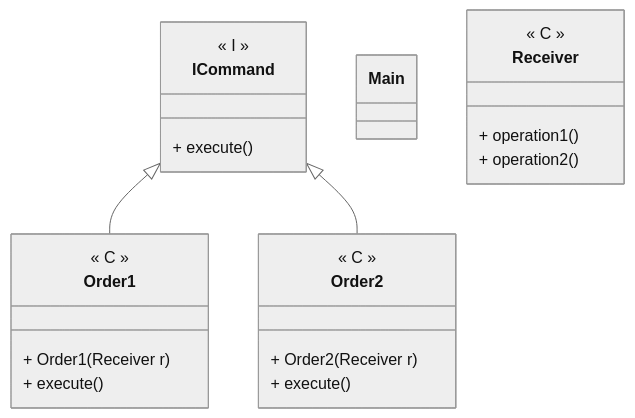
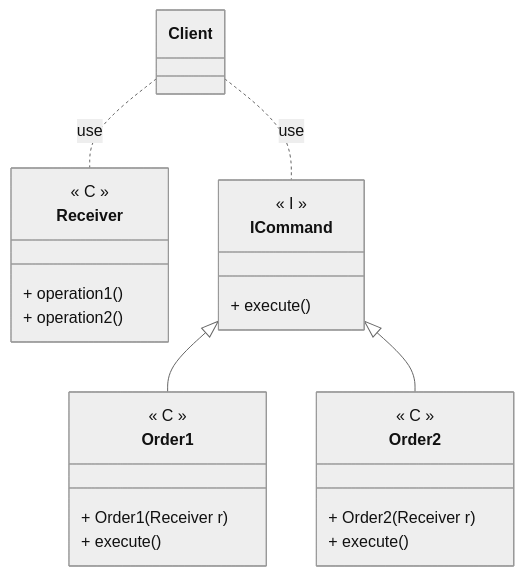
The diagram in Programming/Patterns/data/Command.md (angelromarco04/MyNotes), drawn with Mermaid (neutral theme) before and after one commit. The commit also changed other lines of this file, not shown here.

````diff
--- a/Programming/Patterns/data/Command.md
+++ b/Programming/Patterns/data/Command.md
@@ -25,33 +24,35 @@
 ```mermaid
 classDiagram
 direction TB
 
+Client .. Receiver :use
+Client .. ICommand :use
+subdiagram
 ICommand <|-- Order1
 ICommand <|-- Order2
-
-class Main {}
+end
 
 class Receiver {
 	<< C >>
 	+ operation1()
 	+ operation2() 
 }
 
 class ICommand {
 	<< I >>
 	+ execute()
 }
 
 class Order1 {
 	<< C >>
 	+ Order1(Receiver r)
 	+ execute()
 }
 
 class Order2 {
 	<< C >>
 	+ Order2(Receiver r)
 	+ execute()
 }
 
 ```
````
